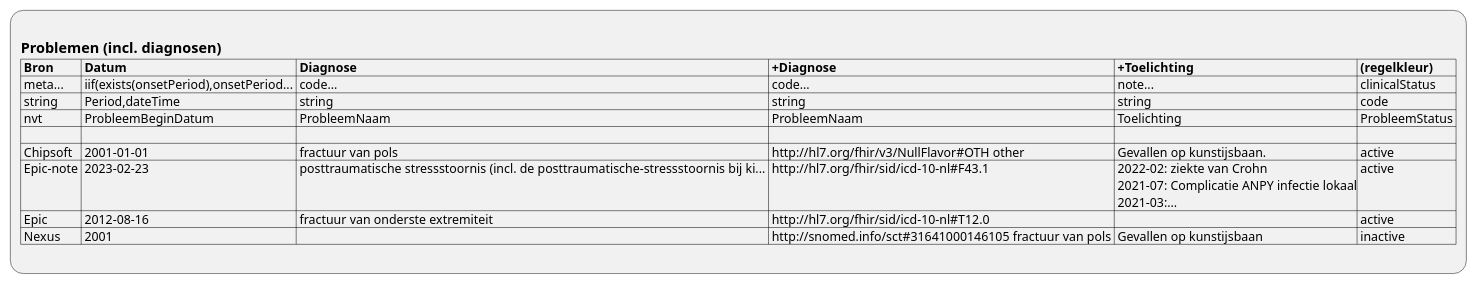
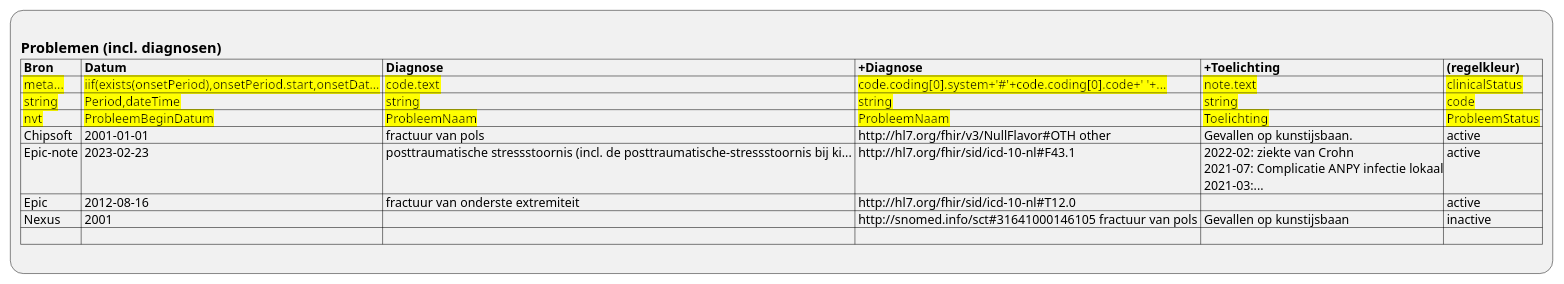
One commit to RIVO-Noord/zorgviewer-ig changed the diagram in input/images-source/ViewDefinition-Condition.plantuml. Above: the diagram before and after it, drawn with PlantUML. The commit also changed 10 other files, not shown here.

```diff
--- a/input/images-source/ViewDefinition-Condition.plantuml
+++ b/input/images-source/ViewDefinition-Condition.plantuml
@@ -1,14 +1,14 @@
 @startuml ViewDefinition-Condition
 :
 == Problemen (incl. diagnosen)
 |= Bron |= Datum |= Diagnose |= +Diagnose |= +Toelichting |= (regelkleur) |
-| meta... | iif(exists(onsetPeriod),onsetPeriod... | code... | code... | note... | clinicalStatus |
-| string | Period,dateTime | string | string | string | code |
-| nvt | ProbleemBeginDatum | ProbleemNaam | ProbleemNaam | Toelichting | ProbleemStatus |
-| |
+|<back:yellow> meta... |<back:yellow> iif(exists(onsetPeriod),onsetPeriod.start,onsetDat... |<back:yellow> code.text |<back:yellow> code.coding[0].system+'#'+code.coding[0].code+' '+... |<back:yellow> note.text |<back:yellow> clinicalStatus |
+|<back:yellow> string |<back:yellow> Period,dateTime |<back:yellow> string |<back:yellow> string |<back:yellow> string |<back:yellow> code |
+|<back:yellow> nvt |<back:yellow> ProbleemBeginDatum |<back:yellow> ProbleemNaam |<back:yellow> ProbleemNaam |<back:yellow> Toelichting |<back:yellow> ProbleemStatus |
 | Chipsoft | 2001-01-01 | fractuur van pols | http://hl7.org/fhir/v3/NullFlavor#OTH other | Gevallen op kunstijsbaan. | active |
 | Epic-note | 2023-02-23 | posttraumatische stressstoornis (incl. de posttraumatische-stressstoornis bij ki... | http://hl7.org/fhir/sid/icd-10-nl#F43.1  | 2022-02: ziekte van Crohn\n 2021-07: Complicatie ANPY infectie lokaal\n 2021-03:... | active |
 | Epic | 2012-08-16 | fractuur van onderste extremiteit | http://hl7.org/fhir/sid/icd-10-nl#T12.0  |  | active |
 | Nexus | 2001 |  | http://snomed.info/sct#31641000146105 fractuur van pols | Gevallen op kunstijsbaan | inactive |
+| |
 ;
 @enduml
```
